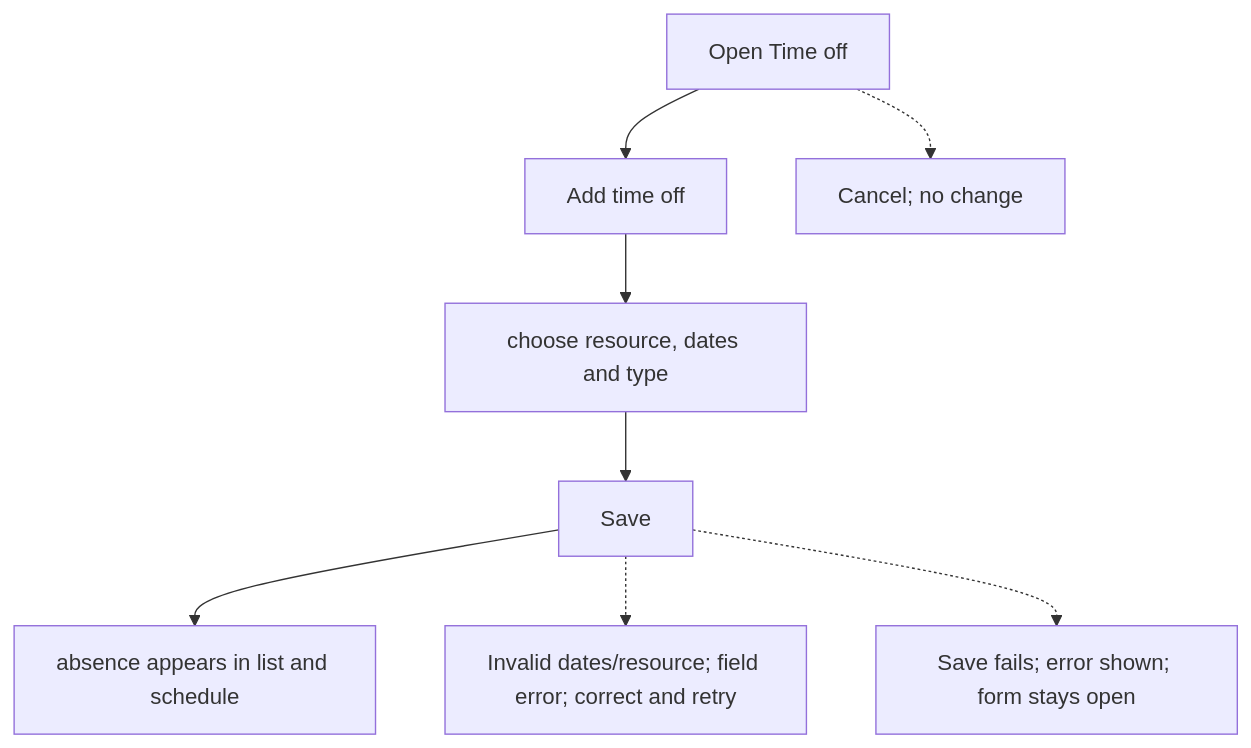
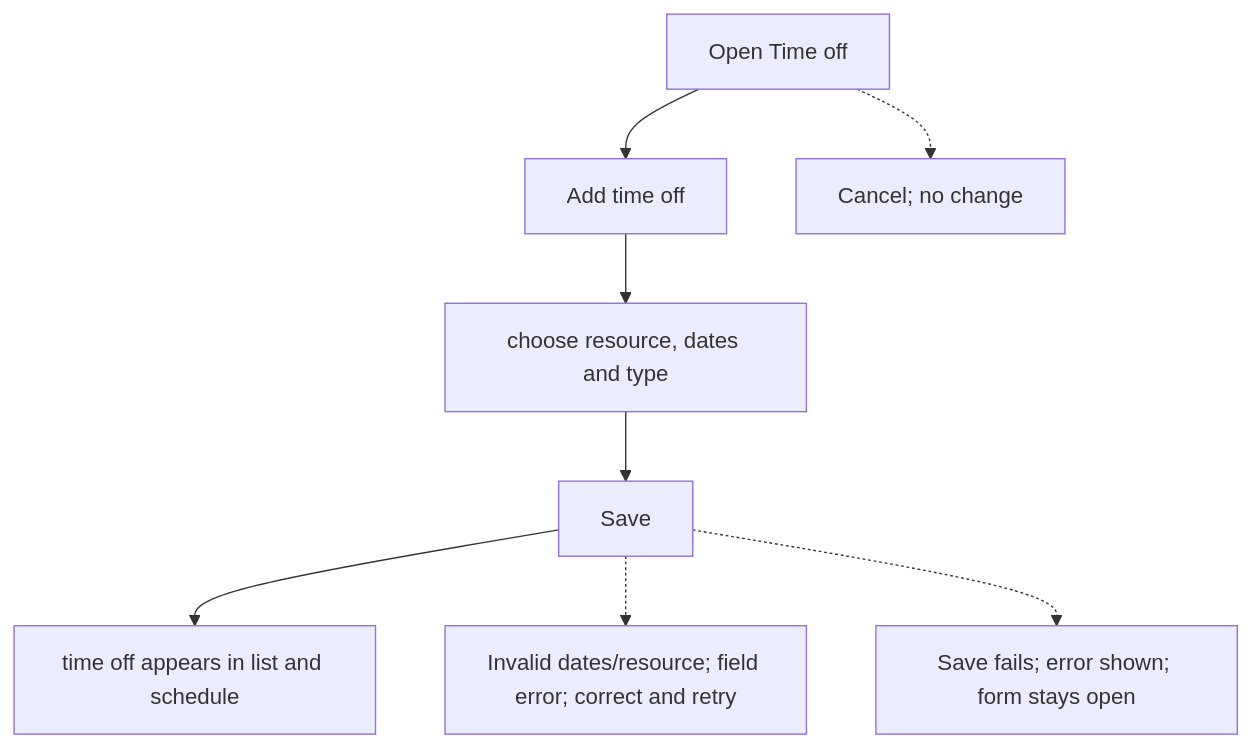
One commit to Kevinjohn/capacitylens changed the first of 2 diagrams in user-stories/time-off/US-TOF-01-book-time-off.md. Above: the diagram before and after it, drawn with Mermaid. The commit also changed 15 other files, not shown here.

First line of the commit message:
Time off, not leave or absence: align docs and comments

````diff
--- a/user-stories/time-off/US-TOF-01-book-time-off.md
+++ b/user-stories/time-off/US-TOF-01-book-time-off.md
@@ -27,18 +27,18 @@
 ```mermaid
 flowchart TD
   N1["Open Time off"]
   N2["Add time off"]
   N3["choose resource, dates and type"]
   N4["Save"]
-  N5["absence appears in list and schedule"]
+  N5["time off appears in list and schedule"]
   B1["Invalid dates/resource; field error; correct and retry"]
   B2["Save fails; error shown; form stays open"]
   B3["Cancel; no change"]
   N1 --> N2
   N2 --> N3
   N3 --> N4
   N4 --> N5
   N4 -.-> B1
   N4 -.-> B2
   N1 -.-> B3
 ```
````
